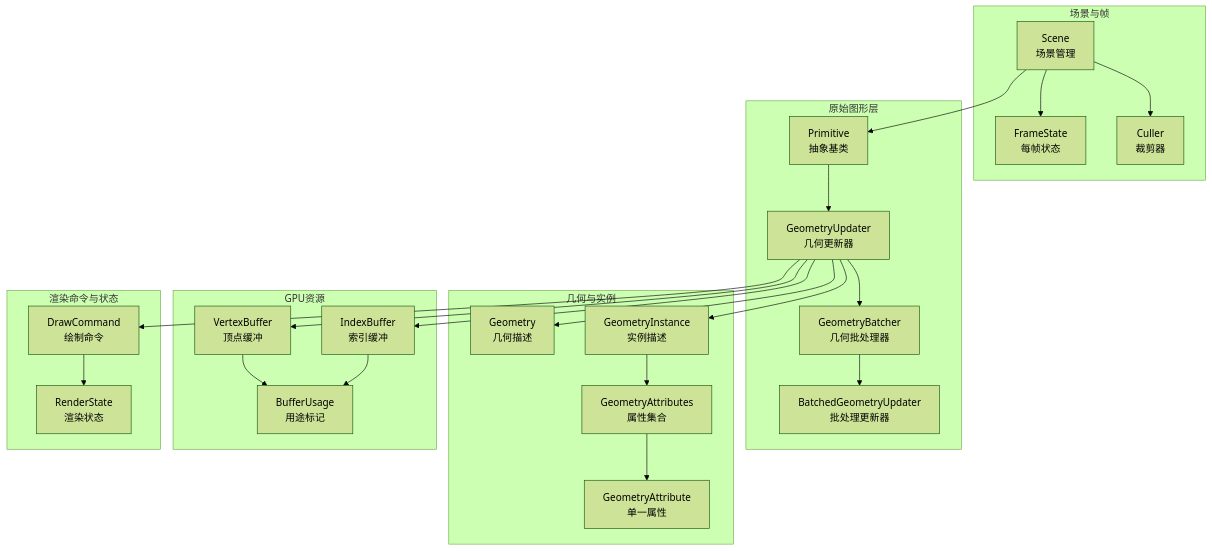
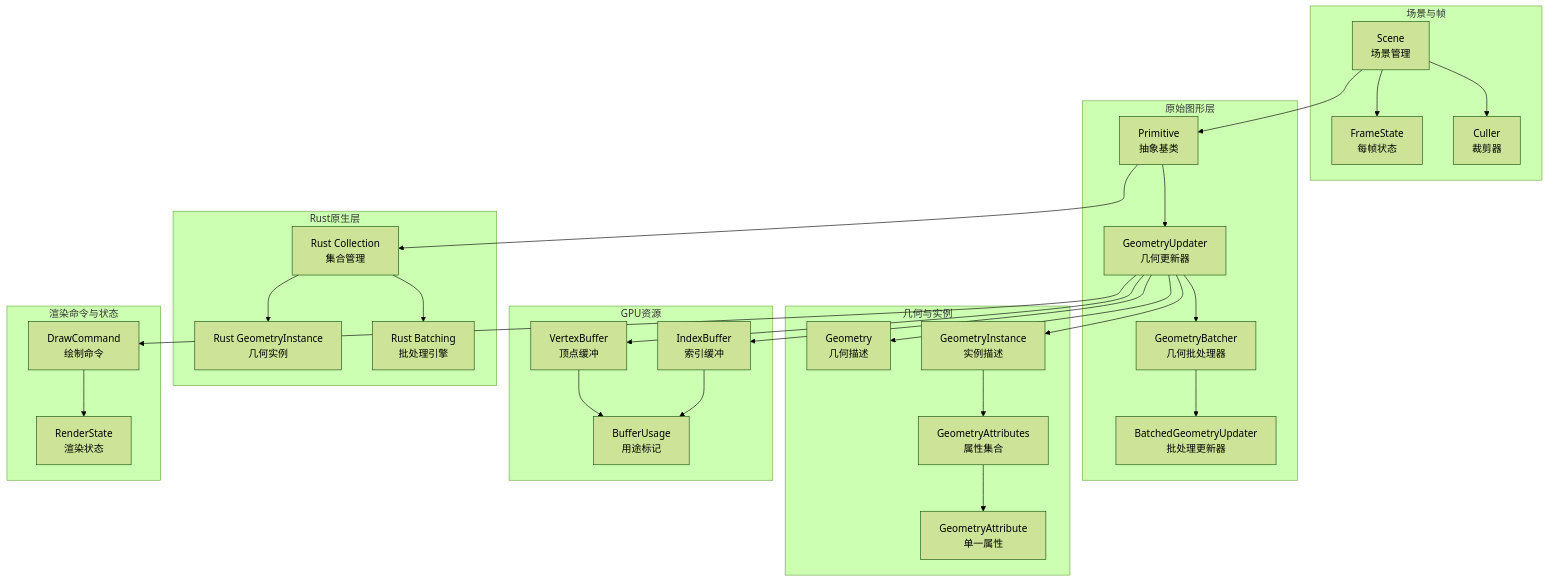
One commit to rzhangjing/cesium changed the first of 10 diagrams in .qoder/repowiki/zh/content/实体和几何体/原始图形渲染.md. Above: the diagram before and after it, drawn with Mermaid (forest theme). The commit also changed other lines of this file and 60 other files, not shown here.

````diff
--- a/.qoder/repowiki/zh/content/实体和几何体/原始图形渲染.md
+++ b/.qoder/repowiki/zh/content/实体和几何体/原始图形渲染.md
@@ -47,45 +58,53 @@
 ```mermaid
 graph TB
 subgraph "场景与帧"
 Scene["Scene<br/>场景管理"]
 FrameState["FrameState<br/>每帧状态"]
 Culler["Culler<br/>裁剪器"]
 end
 subgraph "原始图形层"
 Primitive["Primitive<br/>抽象基类"]
 GeometryUpdater["GeometryUpdater<br/>几何更新器"]
 BatchedGeometryUpdater["BatchedGeometryUpdater<br/>批处理更新器"]
 GeometryBatcher["GeometryBatcher<br/>几何批处理器"]
+end
+subgraph "Rust原生层"
+RustCollection["Rust Collection<br/>集合管理"]
+RustGeometryInstance["Rust GeometryInstance<br/>几何实例"]
+RustBatching["Rust Batching<br/>批处理引擎"]
 end
 subgraph "几何与实例"
 Geometry["Geometry<br/>几何描述"]
 GeometryInstance["GeometryInstance<br/>实例描述"]
 GeometryAttributes["GeometryAttributes<br/>属性集合"]
 GeometryAttribute["GeometryAttribute<br/>单一属性"]
 end
 subgraph "GPU资源"
 VertexBuffer["VertexBuffer<br/>顶点缓冲"]
 IndexBuffer["IndexBuffer<br/>索引缓冲"]
 BufferUsage["BufferUsage<br/>用途标记"]
 end
 subgraph "渲染命令与状态"
 DrawCommand["DrawCommand<br/>绘制命令"]
 RenderState["RenderState<br/>渲染状态"]
 end
 Scene --> FrameState
 Scene --> Culler
 Scene --> Primitive
 Primitive --> GeometryUpdater
 GeometryUpdater --> GeometryBatcher
 GeometryBatcher --> BatchedGeometryUpdater
+Primitive --> RustCollection
+RustCollection --> RustGeometryInstance
+RustCollection --> RustBatching
 GeometryUpdater --> Geometry
 GeometryUpdater --> GeometryInstance
 GeometryInstance --> GeometryAttributes
 GeometryAttributes --> GeometryAttribute
 GeometryUpdater --> VertexBuffer
 GeometryUpdater --> IndexBuffer
 VertexBuffer --> BufferUsage
 IndexBuffer --> BufferUsage
 GeometryUpdater --> DrawCommand
 DrawCommand --> RenderState
 ```
````
